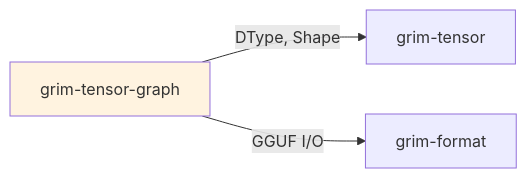
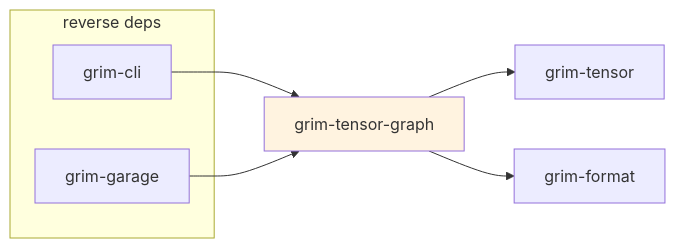
One commit to sydonayrex/grim changed the diagram in crates/grim-tensor-graph/README.md. Above: the diagram before and after it, drawn with Mermaid. The commit also changed other lines of this file and 55 other files, not shown here.

````diff
--- a/crates/grim-tensor-graph/README.md
+++ b/crates/grim-tensor-graph/README.md
@@ -20,7 +17,15 @@
 ```mermaid
 graph LR
-    A[grim-tensor-graph] -->|DType, Shape| B[grim-tensor]
-    A -->|GGUF I/O| C[grim-format]
-    
+    A[grim-tensor-graph] --> B[grim-tensor]
+    A --> C[grim-format]
+
+    subgraph "reverse deps"
+        D1[grim-cli]
+        D2[grim-garage]
+    end
+
+    D1 --> A
+    D2 --> A
+
     style A fill:#fff3e0
 ```
````
